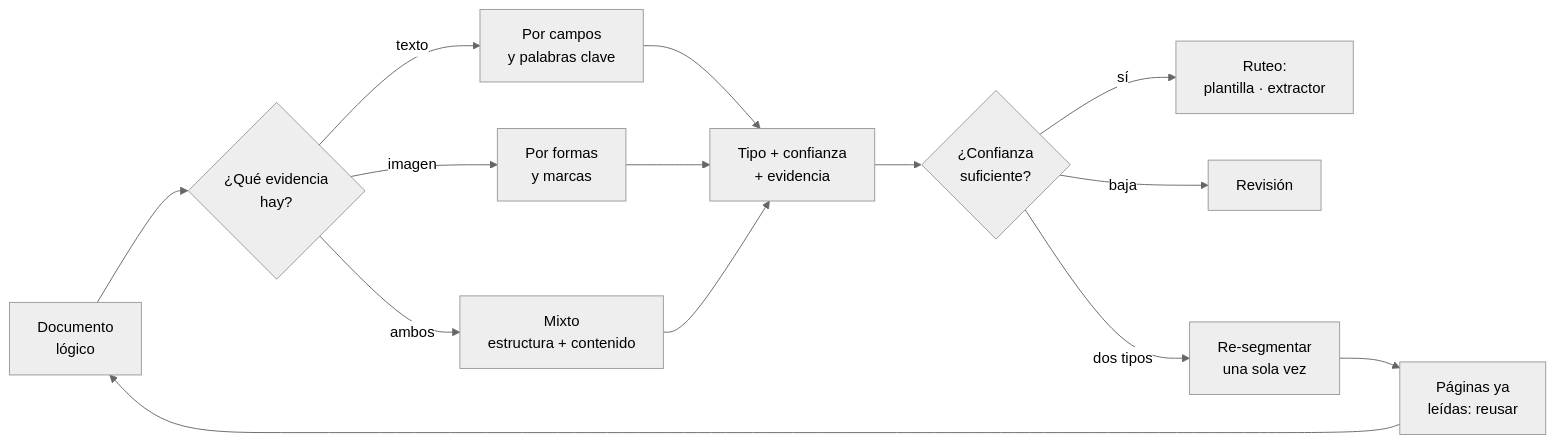
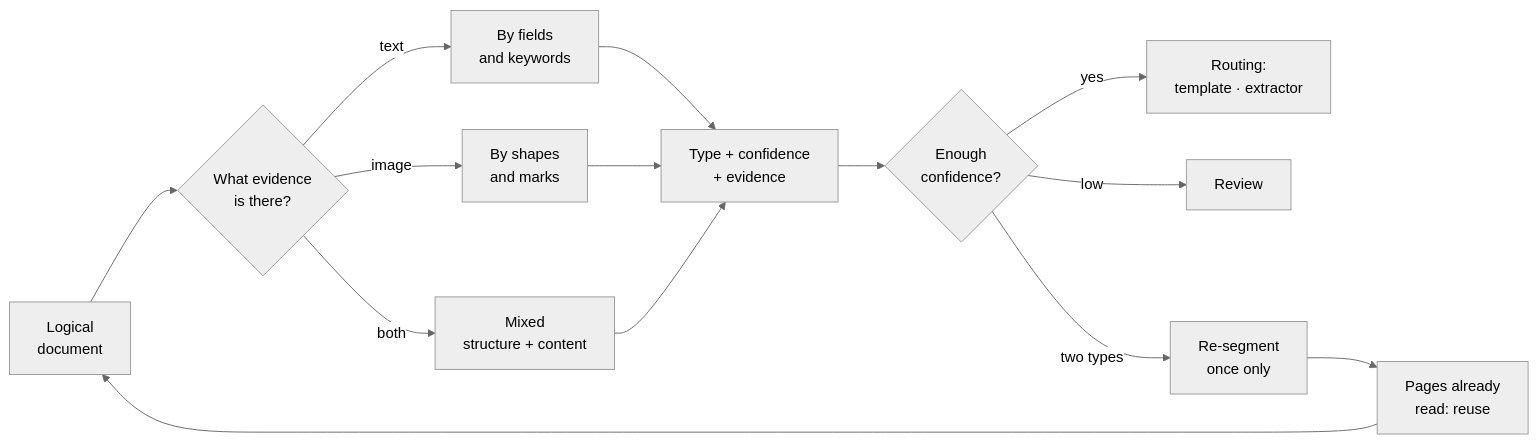
One commit to mariogarcia-ar/docflow changed the fourth of 15 diagrams in README.md. Above: the diagram before and after it, drawn with Mermaid (neutral theme). The commit also changed other lines of this file, not shown here.

````diff
--- a/README.md
+++ b/README.md
@@ -157,16 +157,16 @@
 ```mermaid
 graph LR
-    A["Documento<br/>lógico"] --> B{"¿Qué evidencia<br/>hay?"}
-    B -->|"texto"| C["Por campos<br/>y palabras clave"]
-    B -->|"imagen"| D["Por formas<br/>y marcas"]
-    B -->|"ambos"| E["Mixto<br/>estructura + contenido"]
-    C --> F["Tipo + confianza<br/>+ evidencia"]
+    A["Logical<br/>document"] --> B{"What evidence<br/>is there?"}
+    B -->|"text"| C["By fields<br/>and keywords"]
+    B -->|"image"| D["By shapes<br/>and marks"]
+    B -->|"both"| E["Mixed<br/>structure + content"]
+    C --> F["Type + confidence<br/>+ evidence"]
     D --> F
     E --> F
-    F --> G{"¿Confianza<br/>suficiente?"}
-    G -->|"sí"| H["Ruteo:<br/>plantilla · extractor"]
-    G -->|"baja"| I["Revisión"]
-    G -->|"dos tipos"| J["Re-segmentar<br/>una sola vez"]
-    J --> K["Páginas ya<br/>leídas: reusar"]
+    F --> G{"Enough<br/>confidence?"}
+    G -->|"yes"| H["Routing:<br/>template · extractor"]
+    G -->|"low"| I["Review"]
+    G -->|"two types"| J["Re-segment<br/>once only"]
+    J --> K["Pages already<br/>read: reuse"]
     K --> A
 ```
````
